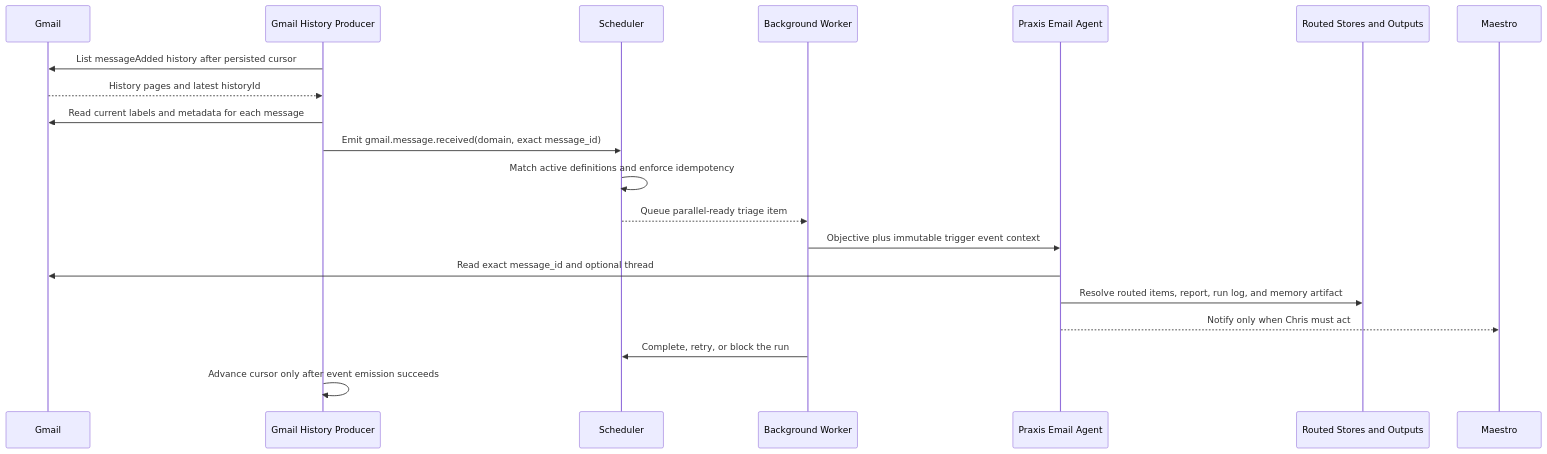
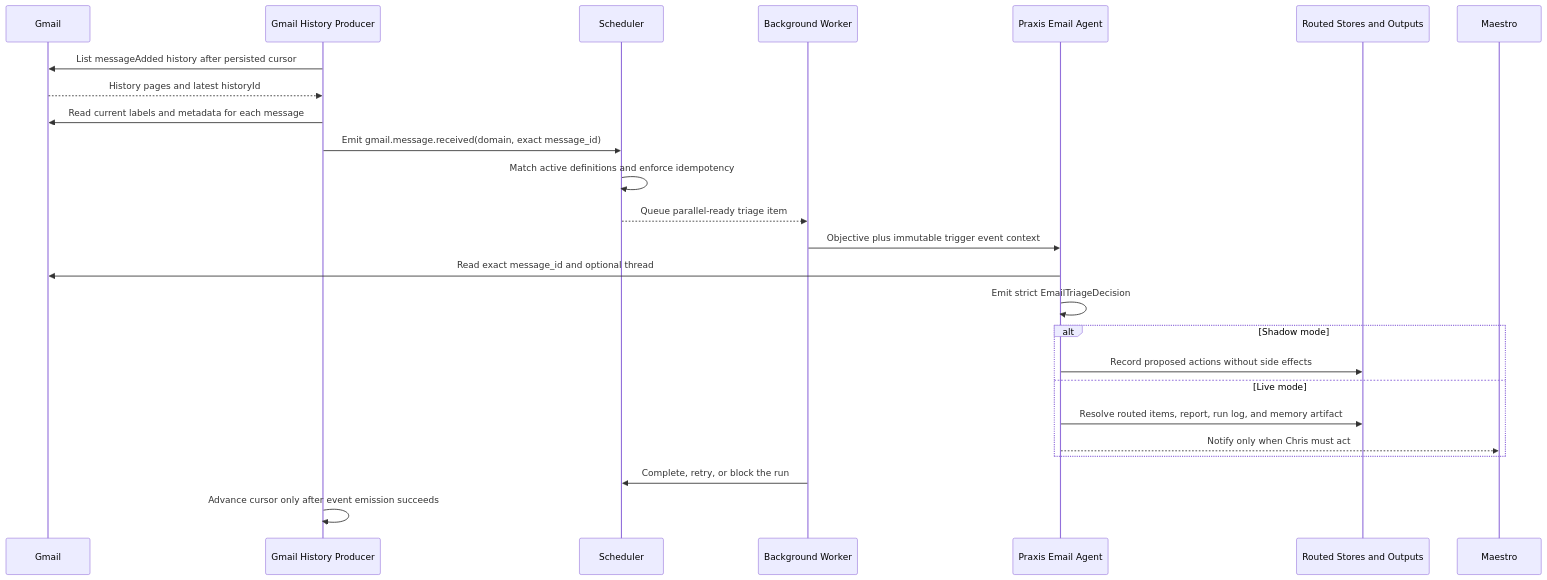
One commit to Caliperti1/Maestro changed the diagram in tests/behavior/004_durable_praxis_email_triage.md. Above: the diagram before and after it, drawn with Mermaid. The commit also changed other lines of this file and 19 other files, not shown here.

Commit message:
Harden durable Praxis email triage

````diff
--- a/tests/behavior/004_durable_praxis_email_triage.md
+++ b/tests/behavior/004_durable_praxis_email_triage.md
@@ -48,23 +54,28 @@
 ```mermaid
 sequenceDiagram
     participant Gmail
     participant Trigger as Gmail History Producer
     participant Scheduler
     participant Worker as Background Worker
     participant Agent as Praxis Email Agent
     participant Outputs as Routed Stores and Outputs
     participant Maestro
 
     Trigger->>Gmail: List messageAdded history after persisted cursor
     Gmail-->>Trigger: History pages and latest historyId
     Trigger->>Gmail: Read current labels and metadata for each message
     Trigger->>Scheduler: Emit gmail.message.received(domain, exact message_id)
     Scheduler->>Scheduler: Match active definitions and enforce idempotency
     Scheduler-->>Worker: Queue parallel-ready triage item
     Worker->>Agent: Objective plus immutable trigger event context
     Agent->>Gmail: Read exact message_id and optional thread
-    Agent->>Outputs: Resolve routed items, report, run log, and memory artifact
-    Agent-->>Maestro: Notify only when Chris must act
+    Agent->>Agent: Emit strict EmailTriageDecision
+    alt Shadow mode
+        Agent->>Outputs: Record proposed actions without side effects
+    else Live mode
+        Agent->>Outputs: Resolve routed items, report, run log, and memory artifact
+        Agent-->>Maestro: Notify only when Chris must act
+    end
     Worker->>Scheduler: Complete, retry, or block the run
     Trigger->>Trigger: Advance cursor only after event emission succeeds
 ```
````
